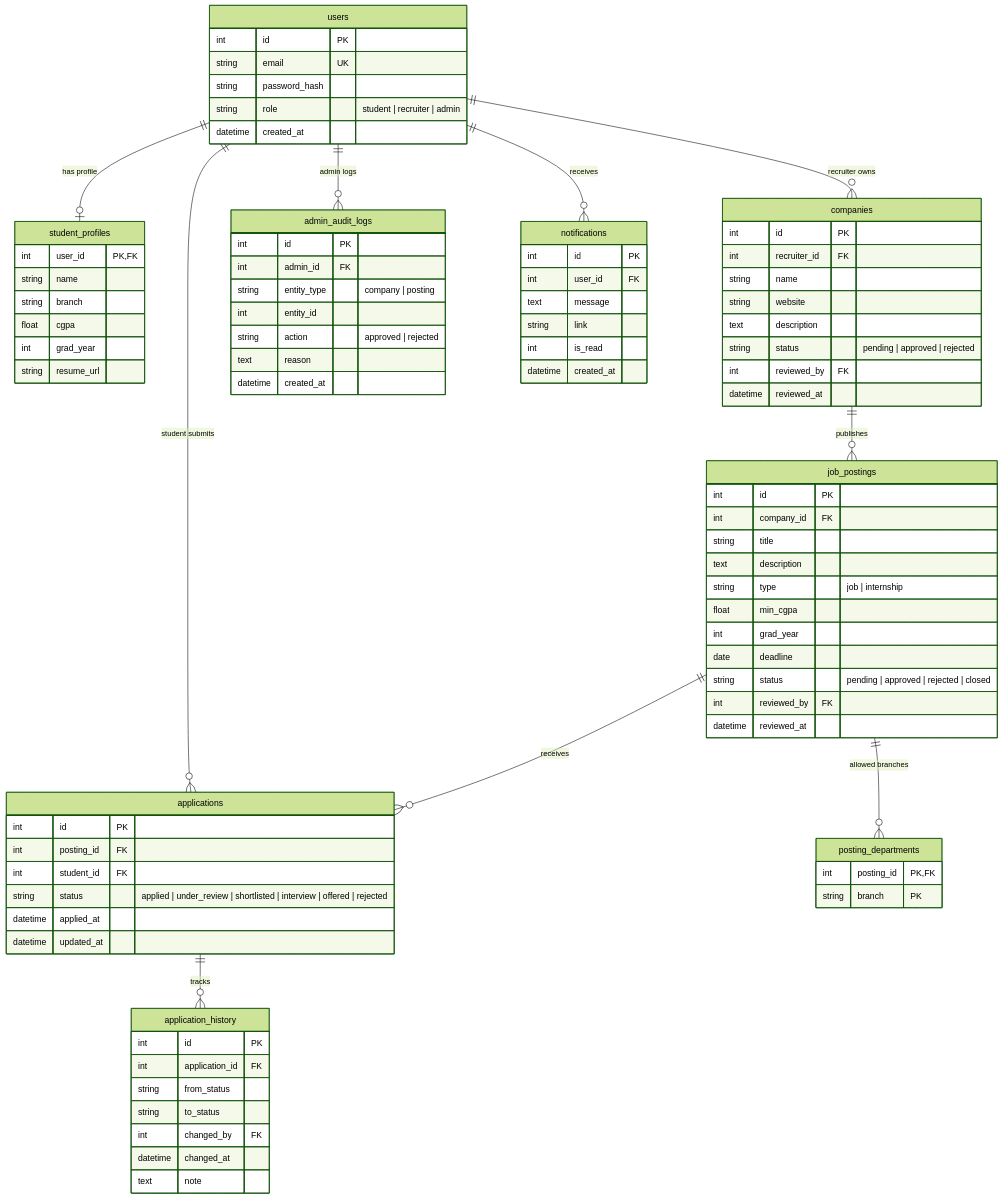
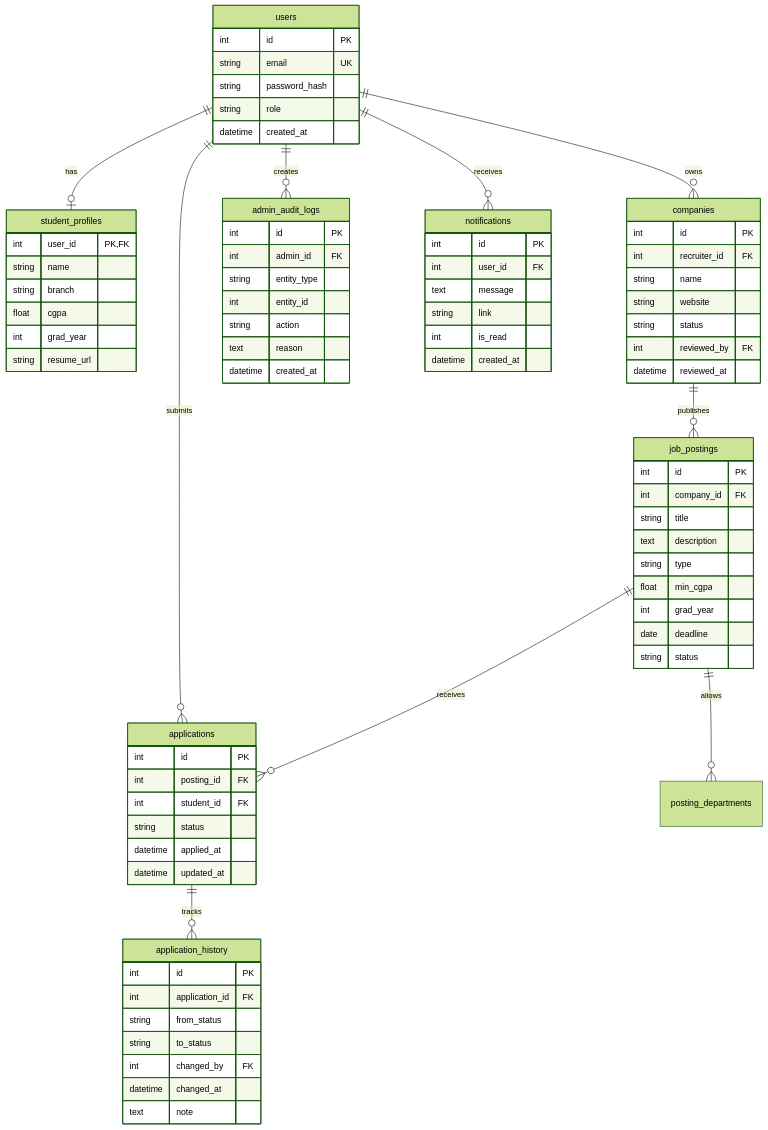
The diagram in README.md (Ashmit-Pathak018/placement-portal), drawn with Mermaid (forest theme) before and after one commit. The commit also changed other lines of this file, not shown here.

````diff
--- a/README.md
+++ b/README.md
@@ -143,25 +452,27 @@
 ```mermaid
 erDiagram
-    users ||--o| student_profiles : "has profile"
-    users ||--o{ companies : "recruiter owns"
-    users ||--o{ applications : "student submits"
-    users ||--o{ admin_audit_logs : "admin logs"
+
+    users ||--o| student_profiles : "has"
+    users ||--o{ companies : "owns"
+    users ||--o{ applications : "submits"
+    users ||--o{ admin_audit_logs : "creates"
     users ||--o{ notifications : "receives"
-    
+
     companies ||--o{ job_postings : "publishes"
-    job_postings ||--o{ posting_departments : "allowed branches"
+
+    job_postings ||--o{ posting_departments : "allows"
     job_postings ||--o{ applications : "receives"
-    
+
     applications ||--o{ application_history : "tracks"
-    
+
     users {
         int id PK
         string email UK
         string password_hash
-        string role "student | recruiter | admin"
+        string role
         datetime created_at
     }
-    
+
     student_profiles {
         int user_id PK,FK
         string name
@@ -170,46 +481,38 @@
         int grad_year
         string resume_url
     }
-    
+
     companies {
         int id PK
         int recruiter_id FK
         string name
         string website
-        text description
-        string status "pending | approved | rejected"
+        string status
         int reviewed_by FK
         datetime reviewed_at
     }
-    
+
     job_postings {
         int id PK
         int company_id FK
         string title
         text description
-        string type "job | internship"
+        string type
         float min_cgpa
         int grad_year
         date deadline
-        string status "pending | approved | rejected | closed"
-        int reviewed_by FK
-        datetime reviewed_at
+        string status
     }
-    
-    posting_departments {
-        int posting_id PK,FK
-        string branch PK
-    }
-    
+
     applications {
         int id PK
         int posting_id FK
         int student_id FK
-        string status "applied | under_review | shortlisted | interview | offered | rejected"
+        string status
         datetime applied_at
         datetime updated_at
     }
-    
+
     application_history {
         int id PK
         int application_id FK
@@ -219,17 +522,17 @@
         datetime changed_at
         text note
     }
-    
+
     admin_audit_logs {
         int id PK
         int admin_id FK
-        string entity_type "company | posting"
+        string entity_type
         int entity_id
-        string action "approved | rejected"
+        string action
         text reason
         datetime created_at
     }
-    
+
     notifications {
         int id PK
         int user_id FK
````
